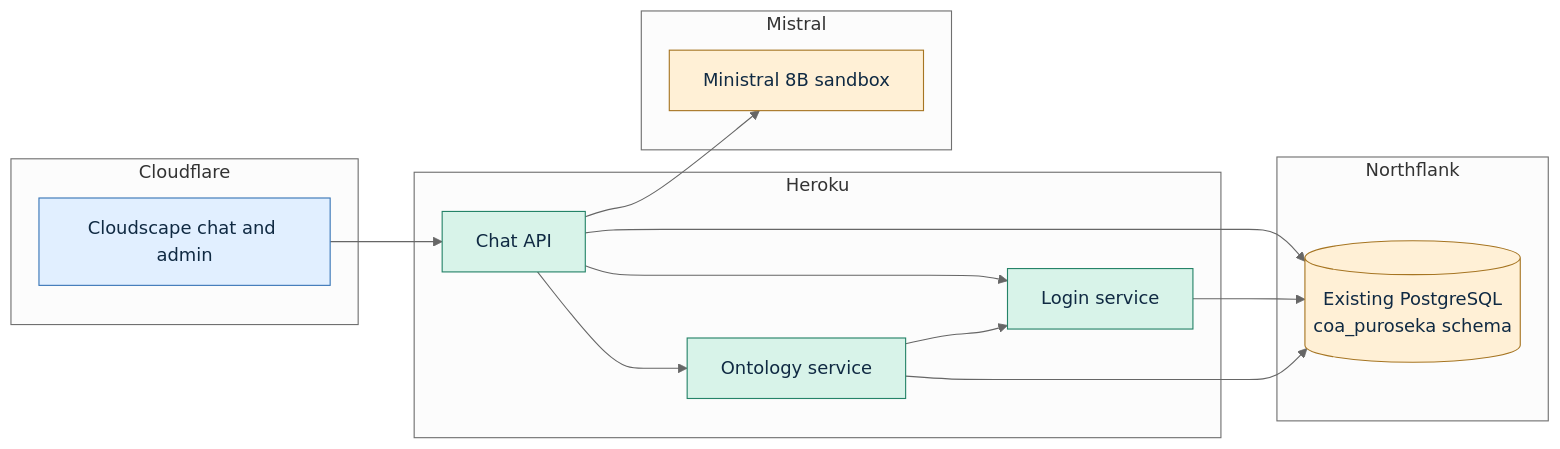
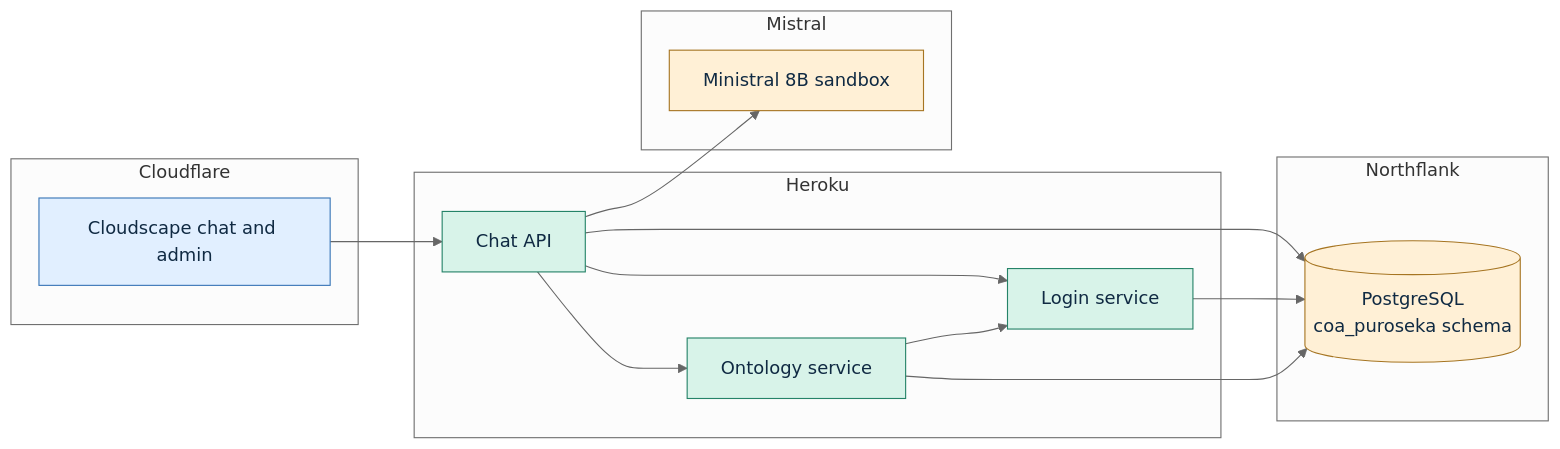
One commit to 02loveslollipop/coa-puroseka-heroku changed the diagram in README.md. Above: the diagram before and after it, drawn with Mermaid (neutral theme). The commit also changed other lines of this file, not shown here.

Commit message:
Update README to clarify PostgreSQL schema description

````diff
--- a/README.md
+++ b/README.md
@@ -67,31 +58,31 @@
 ```mermaid
 flowchart LR
     subgraph Cloudflare
         UI[Cloudscape chat and admin]
     end
     subgraph Heroku
         Chat[Chat API]
         Login[Login service]
         Ontology[Ontology service]
     end
     subgraph Northflank
-        DB[(Existing PostgreSQL<br/>coa_puroseka schema)]
+        DB[(PostgreSQL<br/>coa_puroseka schema)]
     end
     subgraph Mistral
         Model[Ministral 8B sandbox]
     end
     UI --> Chat
     Chat --> Login
     Chat --> Ontology
     Chat --> Model
     Ontology --> Login
     Chat --> DB
     Login --> DB
     Ontology --> DB
     classDef frontend fill:#e1efff,stroke:#3976b7,color:#102a43
     classDef service fill:#d8f3e9,stroke:#258368,color:#102a43
     classDef store fill:#fff0d6,stroke:#a67522,color:#102a43
     class UI frontend
     class Chat,Login,Ontology service
     class DB,Model store
 ```
````
